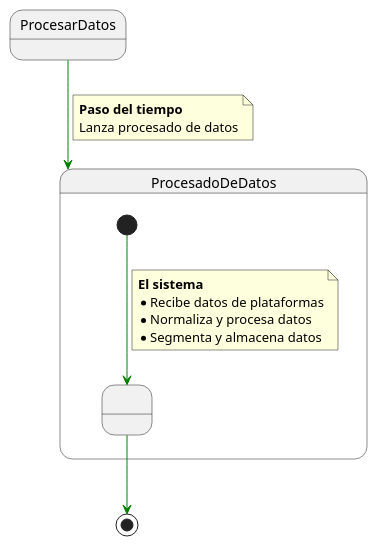
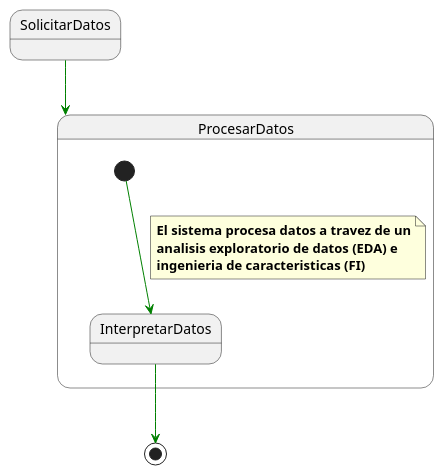
The diagram in 000-entregas/Grupo1/DetalleCasosDeUso/ProcesarDatos.puml (mmasias/IdSw1-22-23), drawn with PlantUML before and after one commit.

Commit message:
procesar Datos

```diff
--- a/000-entregas/Grupo1/DetalleCasosDeUso/ProcesarDatos.puml
+++ b/000-entregas/Grupo1/DetalleCasosDeUso/ProcesarDatos.puml
@@ -1,31 +1,21 @@
 @startuml ProcesarDatos
 
-State ProcesarDatos
 
-State ProcesadoDeDatos{ 
+State ProcesarDatos{ 
 
-  State state1 as " "
-
-  [*] -[#green]-> state1
+  [*] -[#green]-> InterpretarDatos
 
   note on link 
-    <b>El sistema
-    * Recibe datos de plataformas
-    * Normaliza y procesa datos
-    * Segmenta y almacena datos
+    <b>El sistema procesa datos a travez de un
+    <b>analisis exploratorio de datos (EDA) e 
+    <b>ingenieria de caracteristicas (FI) 
   end note
-
 
 } 
 
-ProcesarDatos-[#green]-> ProcesadoDeDatos
+SolicitarDatos-[#green]-> ProcesarDatos
 
-note on link
- <b>Paso del tiempo
- Lanza procesado de datos
-end note
-
-state1 -[#green]-> [*] 
+InterpretarDatos -[#green]-> [*] 
 
 
 @enduml
```
